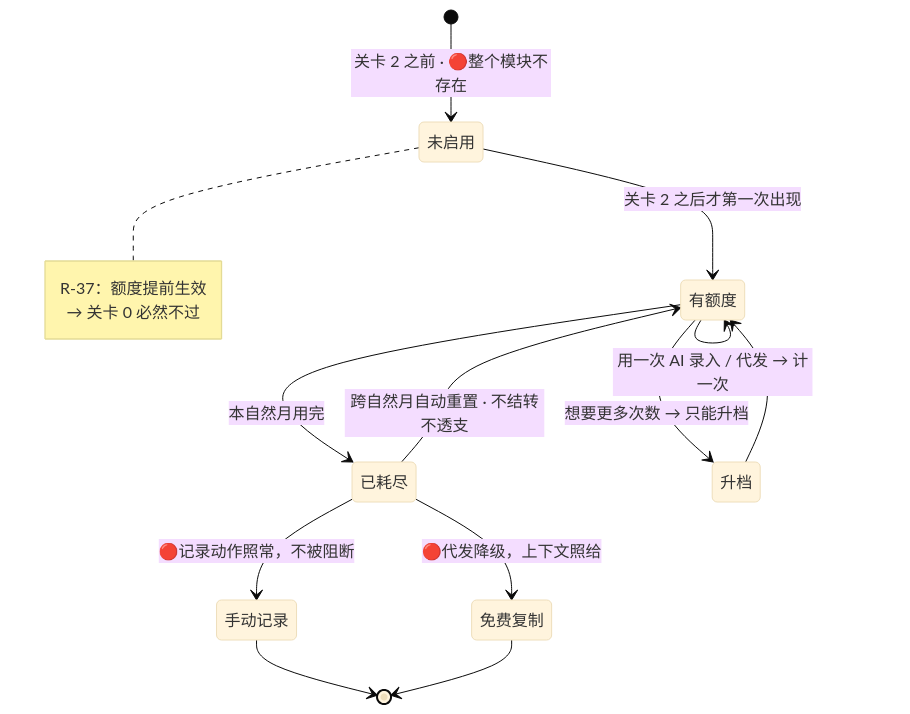
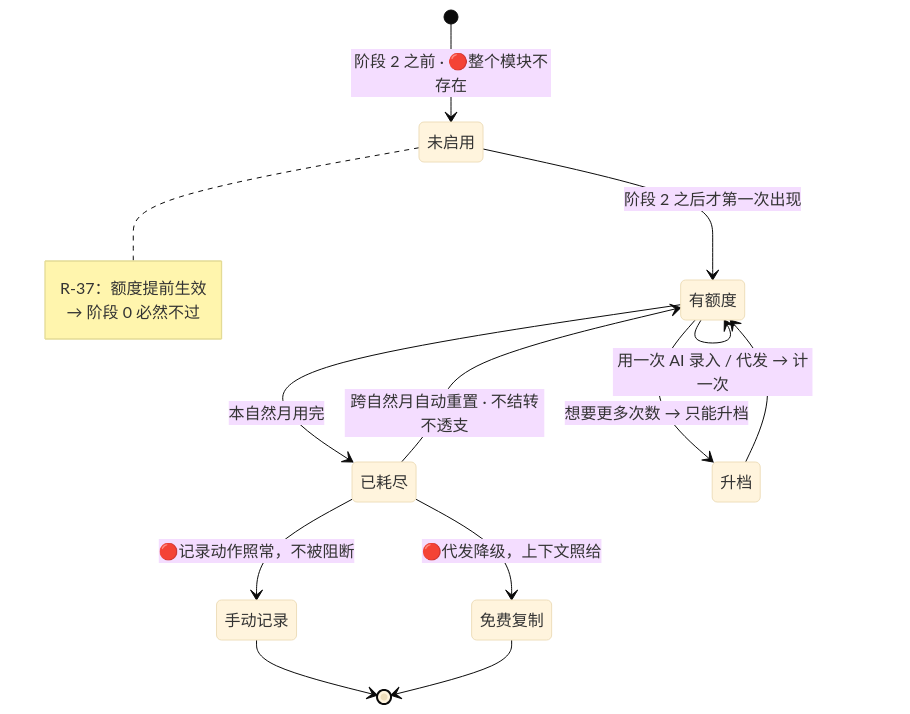
Before and after one commit to chenyuanjin/kubic: the first of 2 diagrams in docs/product/modules/模块G-商业化.md, drawn with Mermaid (base theme). The commit also changed other lines of this file and 249 other files, not shown here.

````diff
--- a/docs/product/modules/模块G-商业化.md
+++ b/docs/product/modules/模块G-商业化.md
@@ -139,22 +139,22 @@
 ```mermaid
 stateDiagram-v2
-    [*] --> 未启用: 关卡 2 之前 · 🔴整个模块不存在
-    未启用 --> 有额度: 关卡 2 之后才第一次出现
+    [*] --> 未启用: 阶段 2 之前 · 🔴整个模块不存在
+    未启用 --> 有额度: 阶段 2 之后才第一次出现
 
     有额度 --> 有额度: 用一次 AI 录入 / 代发 → 计一次
     有额度 --> 已耗尽: 本自然月用完
     已耗尽 --> 有额度: 跨自然月自动重置 · 不结转不透支
 
     已耗尽 --> 手动记录: 🔴记录动作照常，不被阻断
     已耗尽 --> 免费复制: 🔴代发降级，上下文照给
     手动记录 --> [*]
     免费复制 --> [*]
 
     有额度 --> 升档: 想要更多次数 → 只能升档
     升档 --> 有额度
 
     note right of 未启用
         R-37：额度提前生效
-        → 关卡 0 必然不过
+        → 阶段 0 必然不过
     end note
 ```
````
